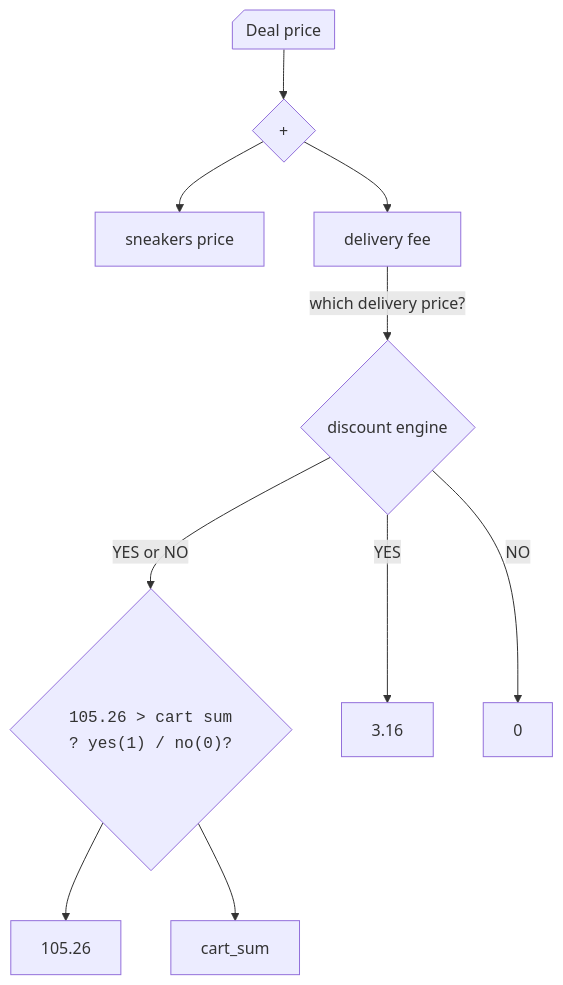
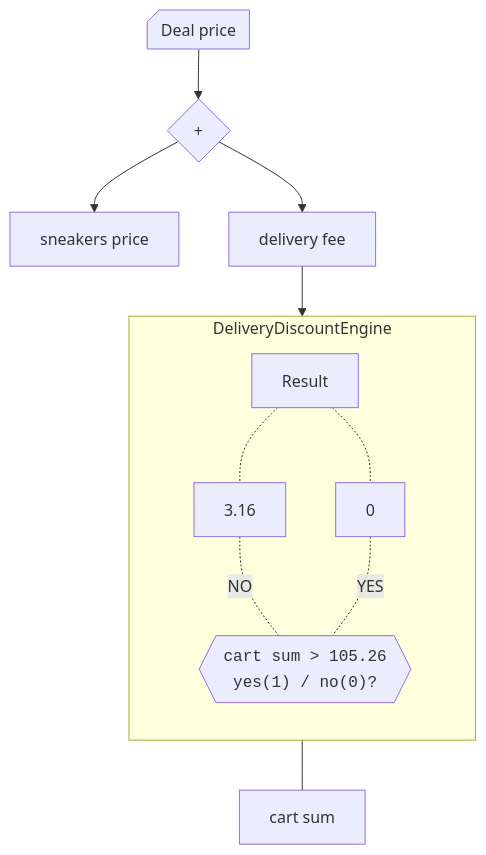
One commit to Walter462/Sneakers changed the ninth of 11 diagrams in README.md. Above: the diagram before and after it, drawn with Mermaid. The commit also changed other lines of this file, not shown here.

````diff
--- a/README.md
+++ b/README.md
@@ -368,20 +439,27 @@
 ```mermaid
 %%{ init : { "themeVariables": { "htmlLabels": true }}}%%
 graph TB
   Deal_price@{shape: card, label: "Deal price"}
   Sum@{shape: diamond, label: " + "}
   Deal_price -->Sum  
-  Sum --> sneakers_price@{shape: rect, label: "sneakers price"} & delivery_fee@{shape: rect, label: "delivery fee"}
+  Sum --> sneakers_price@{shape: rect, label: "sneakers price"} 
+  Sum --> delivery_fee@{shape: rect, label: "delivery fee"}
   
-  delivery_fee -->|which delivery price?|DeliveryDiscount
-  DeliveryDiscount@{shape: diamond, label: "discount engine"}
-  
-  GT@{shape: diamond, label: "<code> 105.26 > cart sum ? yes(1) / no(0)?</code>"}
-  Threshold@{shape: rect, label: "105.26"}
-  DeliveryDiscount -->|YES or NO|GT
-  GT-->Threshold 
-  GT--> cart_sum
-  DeliveryDiscount --> |YES| DeliveryFee@{shape: rect, label: "3.16"}
-  DeliveryDiscount --> |NO| DeliveryNull@{shape: rect, label: "0"}
-  %%links
+  delivery_fee --> Result
+    GT@{shape: hex, label: "<code>cart sum > 105.26 \n yes(1) / no(0)?</code>"}
+
+    DeliveryFee@{shape: rect, label: "3.16"} -.-|NO| GT
+    DeliveryNull@{shape: rect, label: "0"} -.- |YES|GT
+
+    Result
+    Result -.- DeliveryFee 
+    Result -.- DeliveryNull 
+  subgraph DeliveryDiscountEngine
+    direction TB
+    Result
+    DeliveryFee
+    DeliveryNull
+    GT
+  end
+  GT --- cart_sum@{shape: rect, label: "cart sum"} 
   ```
````
